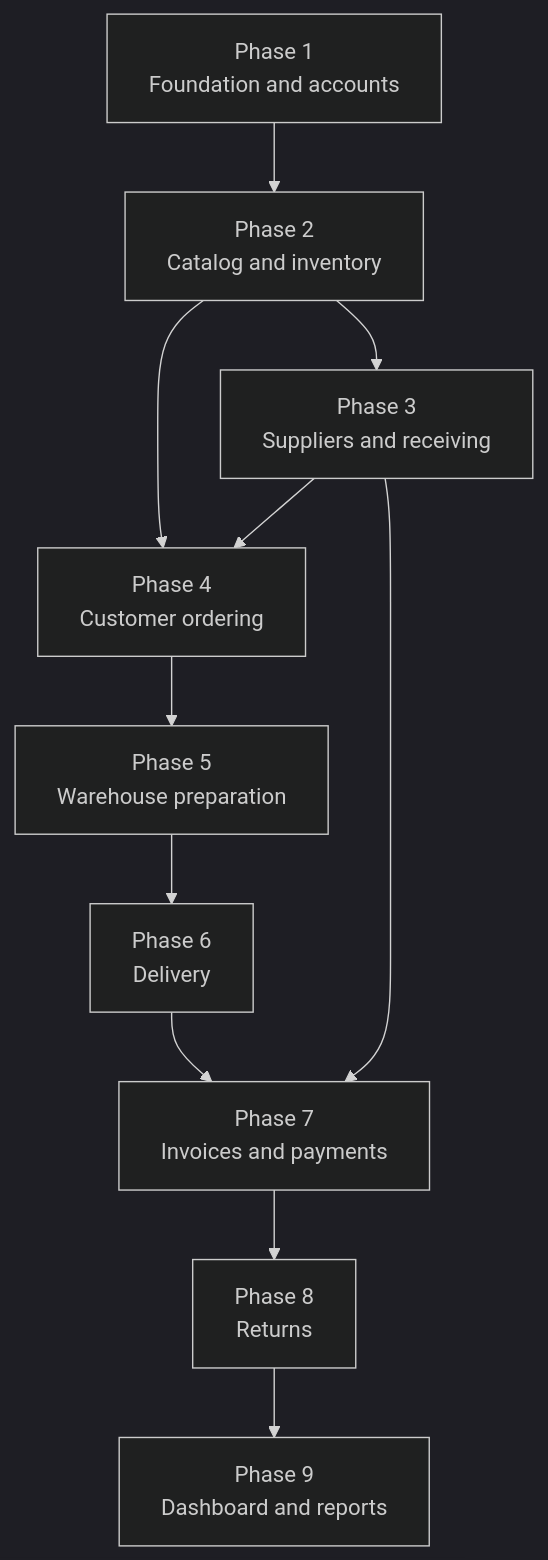
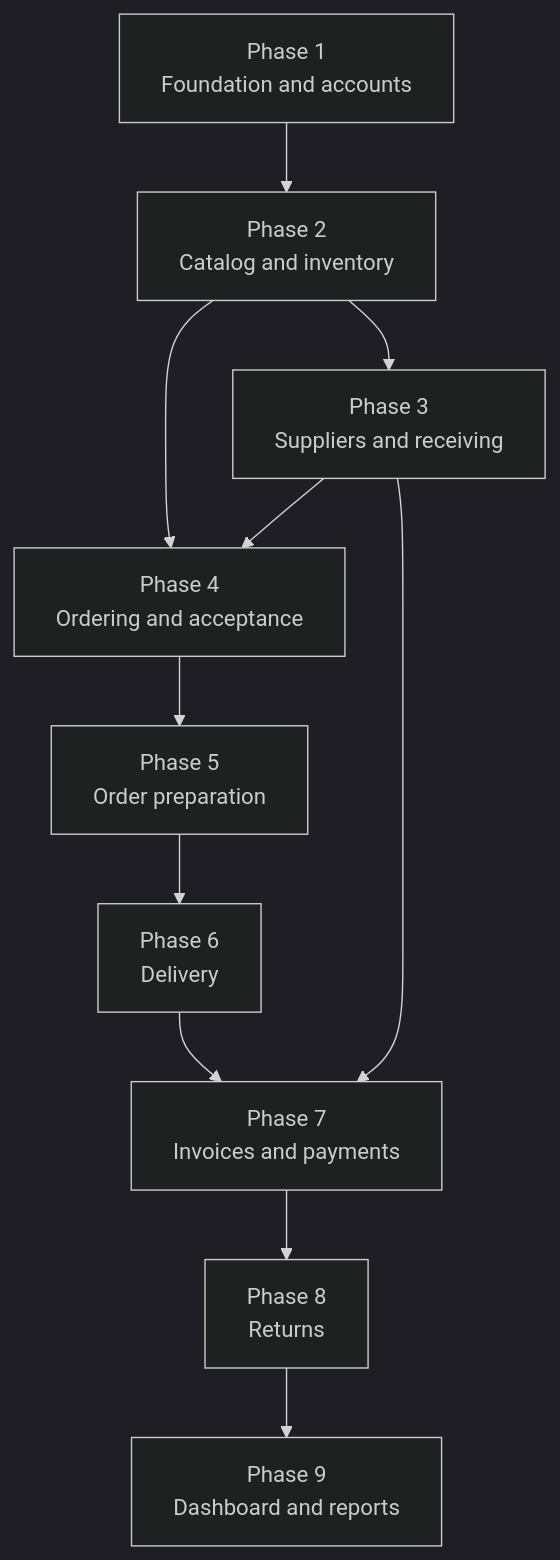
The second of 3 diagrams in docs/01-master-plan.md (AhmedElnagarUU/Cosmo), drawn with Mermaid (dark theme) before and after one commit. The commit also changed other lines of this file and 33 other files, not shown here.

First line of the commit message:
Update plan: manual order acceptance, new roles, payment confirmation

````diff
--- a/docs/01-master-plan.md
+++ b/docs/01-master-plan.md
@@ -32,23 +32,23 @@
 ```mermaid
 flowchart TD
     F1[Phase 1<br/>Foundation and accounts]
     F2[Phase 2<br/>Catalog and inventory]
     F3[Phase 3<br/>Suppliers and receiving]
-    F4[Phase 4<br/>Customer ordering]
-    F5[Phase 5<br/>Warehouse preparation]
+    F4[Phase 4<br/>Ordering and acceptance]
+    F5[Phase 5<br/>Order preparation]
     F6[Phase 6<br/>Delivery]
     F7[Phase 7<br/>Invoices and payments]
     F8[Phase 8<br/>Returns]
     F9[Phase 9<br/>Dashboard and reports]
 
     F1 --> F2
     F2 --> F3
     F2 --> F4
     F3 --> F4
     F4 --> F5
     F5 --> F6
     F6 --> F7
     F7 --> F8
     F3 --> F7
     F8 --> F9
 ```
````
